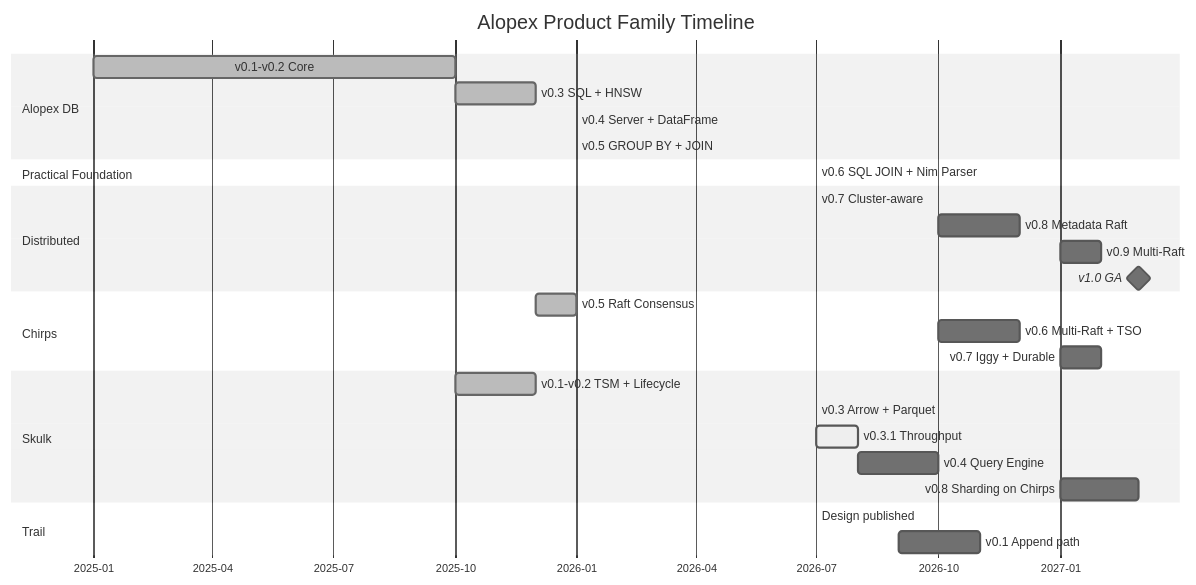
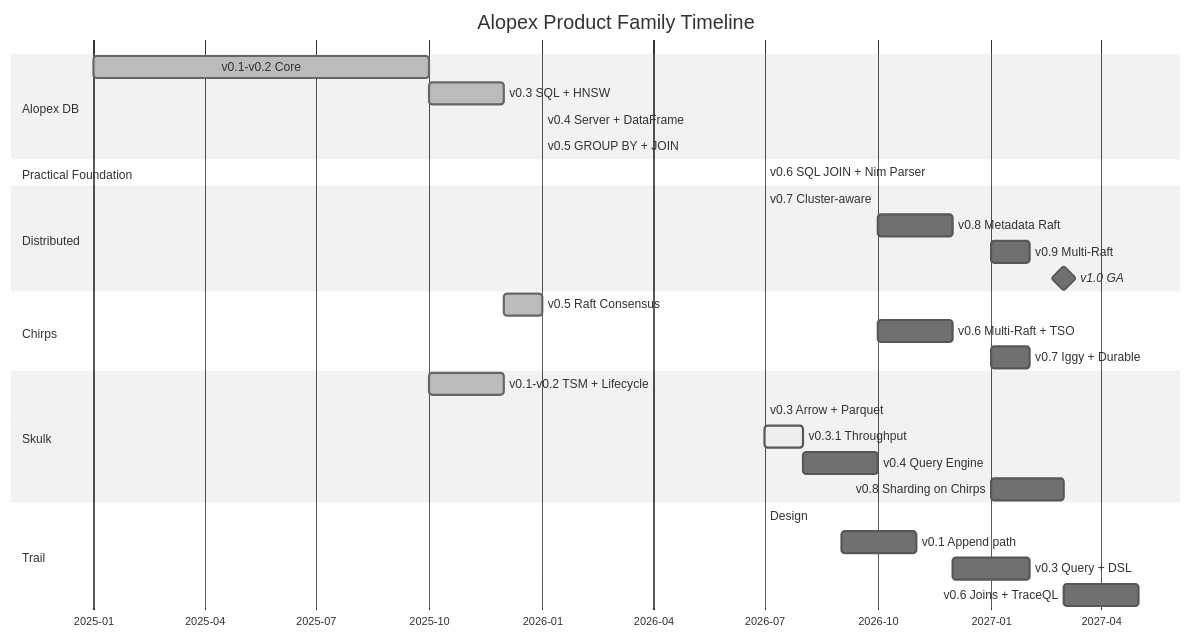
One commit to alopex-db/alopex-db.github.io changed the diagram in docs/roadmap.md. Above: the diagram before and after it, drawn with Mermaid (neutral theme). The commit also changed other lines of this file and 4 other files, not shown here.

````diff
--- a/docs/roadmap.md
+++ b/docs/roadmap.md
@@ -53,37 +53,39 @@
 ```mermaid
 gantt
     title Alopex Product Family Timeline
     dateFormat  YYYY-MM
     axisFormat  %Y-%m
 
     section Alopex DB
     v0.1-v0.2 Core          :done, 2025-01, 2025-10
     v0.3 SQL + HNSW         :done, 2025-10, 2025-12
     v0.4 Server + DataFrame :done, 2026-01, 2026-01
     v0.5 GROUP BY + JOIN    :done, 2026-01, 2026-01
 
     section Practical Foundation
     v0.6 SQL JOIN + Nim Parser :done, 2026-07, 2026-07
 
     section Distributed
     v0.7 Cluster-aware      :done, 2026-07, 2026-07
     v0.8 Metadata Raft      :2026-10, 2026-12
     v0.9 Multi-Raft         :2027-01, 2027-02
     v1.0 GA                 :milestone, 2027-03, 0d
 
     section Chirps
     v0.5 Raft Consensus     :done, 2025-12, 2026-01
     v0.6 Multi-Raft + TSO   :2026-10, 2026-12
     v0.7 Iggy + Durable     :2027-01, 2027-02
 
     section Skulk
     v0.1-v0.2 TSM + Lifecycle :done, 2025-10, 2025-12
     v0.3 Arrow + Parquet    :done, 2026-07, 2026-07
     v0.3.1 Throughput       :active, 2026-07, 2026-08
     v0.4 Query Engine       :2026-08, 2026-10
     v0.8 Sharding on Chirps :2027-01, 2027-03
 
     section Trail
-    Design published        :done, 2026-07, 2026-07
+    Design                  :done, 2026-07, 2026-07
     v0.1 Append path        :2026-09, 2026-11
+    v0.3 Query + DSL        :2026-12, 2027-02
+    v0.6 Joins + TraceQL    :2027-03, 2027-05
 ```
````
